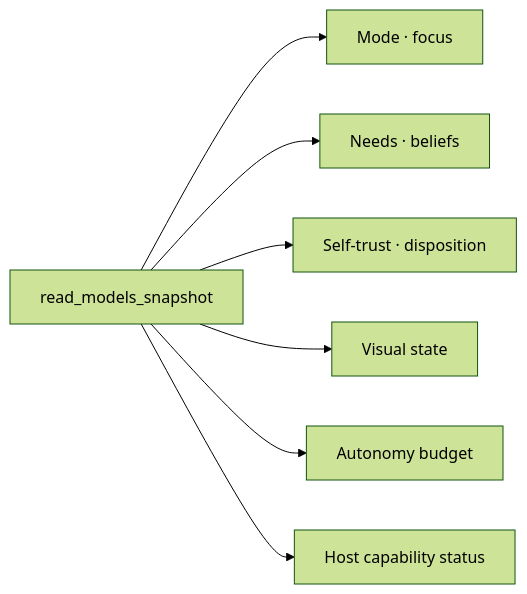
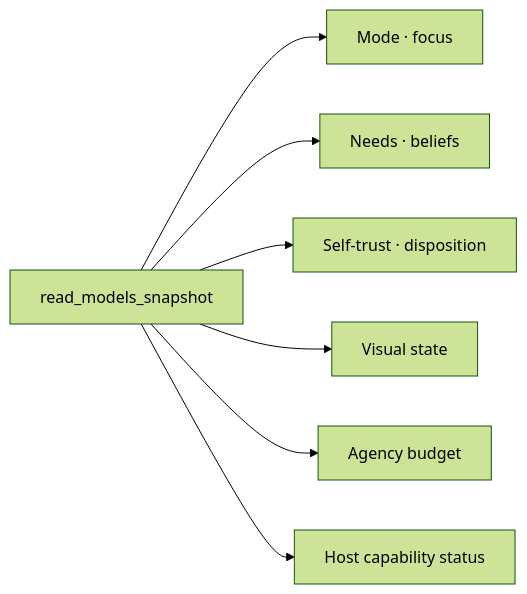
The third of 5 diagrams in docs/08-looking-inward.md (Velfi/AffectiveCore), drawn with Mermaid (forest theme) before and after one commit. The commit also changed other lines of this file and 147 other files, not shown here.

````diff
--- a/docs/08-looking-inward.md
+++ b/docs/08-looking-inward.md
@@ -74,10 +75,10 @@
 ```mermaid
 flowchart LR
     SNAP[read_models_snapshot]
     SNAP --> M[Mode · focus]
     SNAP --> N[Needs · beliefs]
     SNAP --> T[Self-trust · disposition]
     SNAP --> V[Visual state]
-    SNAP --> A[Autonomy budget]
+    SNAP --> A[Agency budget]
     SNAP --> H[Host capability status]
 ```
````
